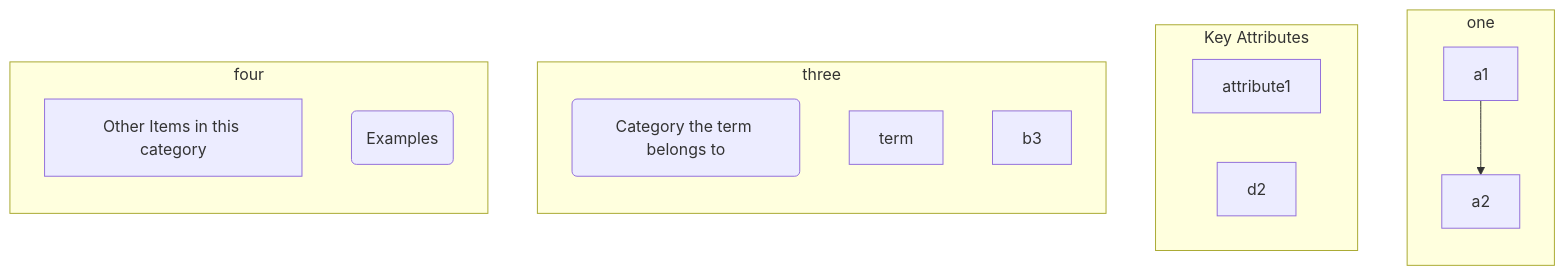
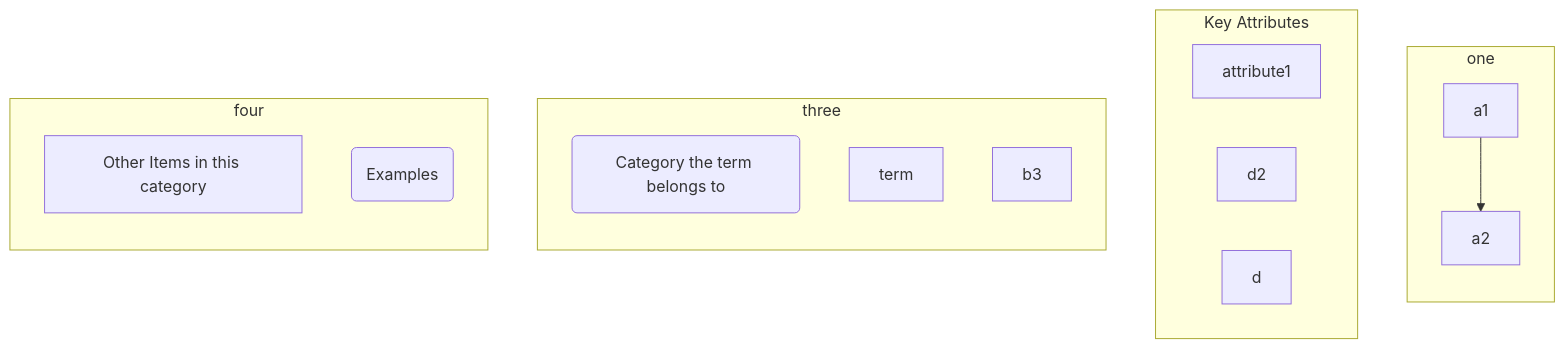
The diagram in slides.md (gerbssusd/dok), drawn with Mermaid before and after one commit.

````diff
--- a/slides.md
+++ b/slides.md
@@ -217,29 +217,29 @@
 ```mermaid
 flowchart TB
     subgraph one 
      direction TB
     a1-->a2
      end
     subgraph Key Attributes
      d1[attribute1]
      d2
-     
+     d
      end
     subgraph three
       direction TB
         b1(Category the term belongs to)
         b2[term]
         b3 
         end
     subgraph four
       direction TB
     c1[Other Items in this category] 
     c2(Examples)
     end
 
 
 
 
 
 
 ```
````
